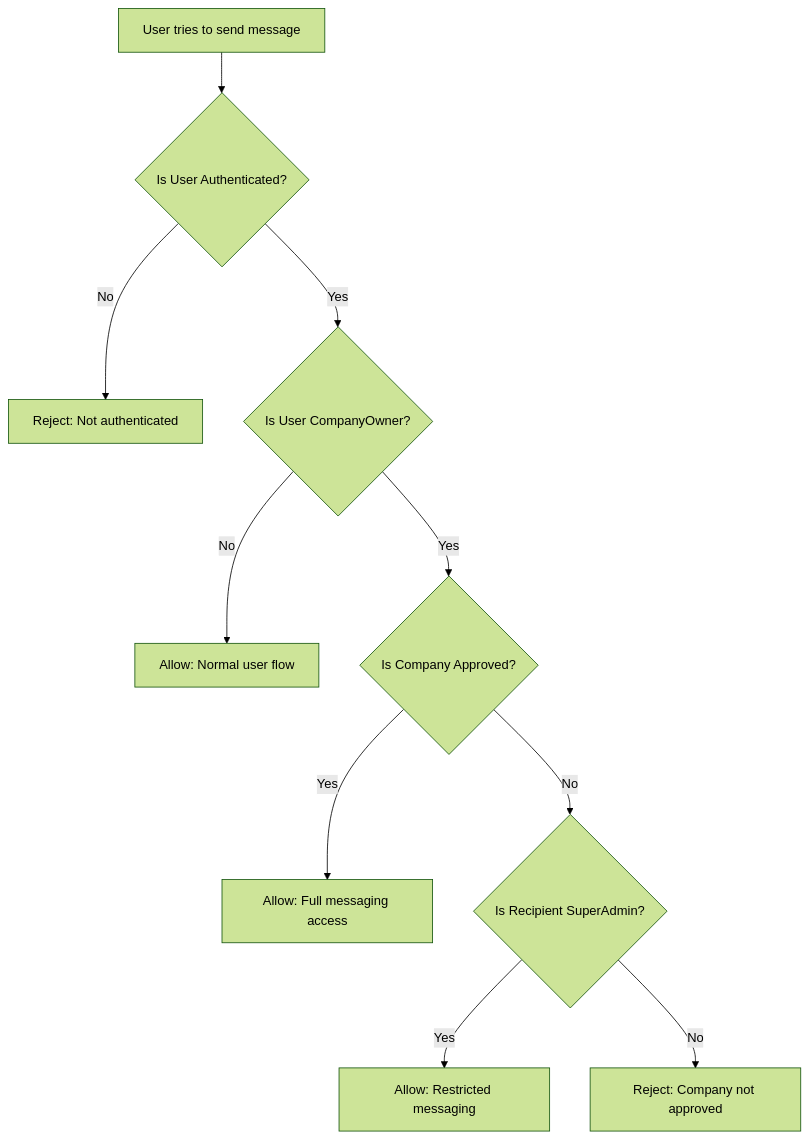
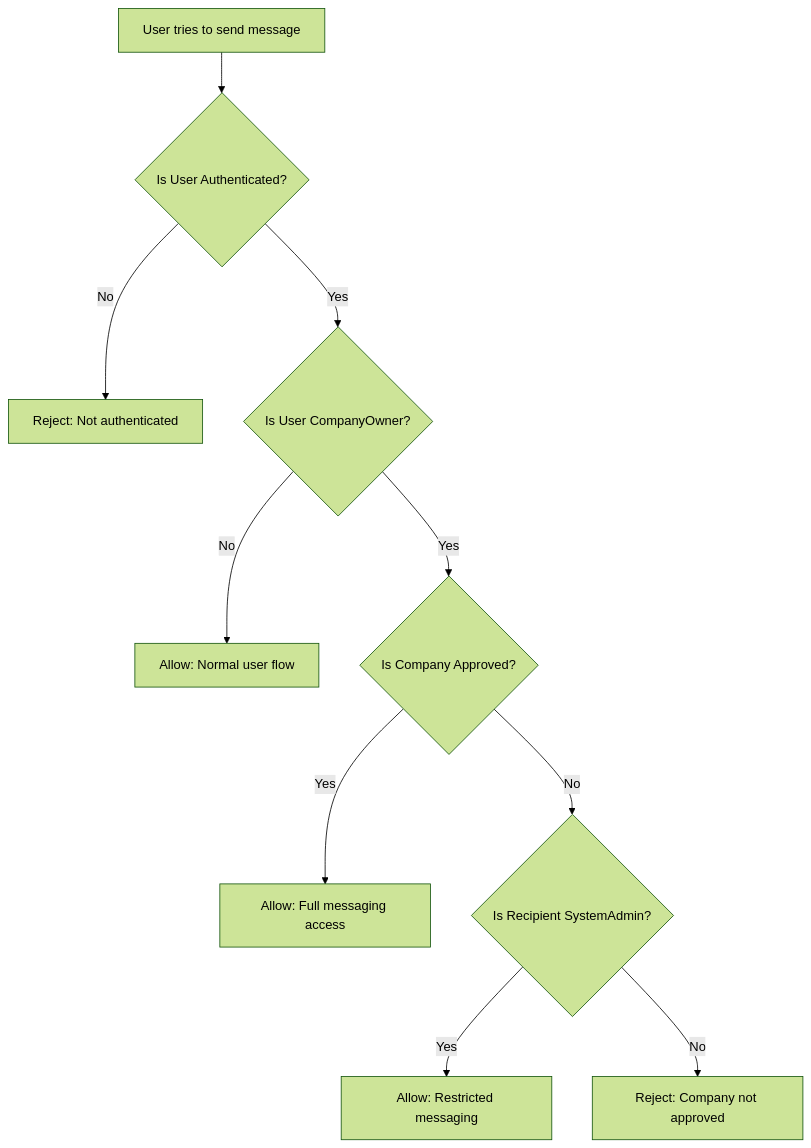
The diagram in plans/unverified-owner-messaging-restrictions.md (AhmedRamadanAbdElghany/ConstructionManagement), drawn with Mermaid (forest theme) before and after one commit. The commit also changed other lines of this file and 119 other files, not shown here.

````diff
--- a/plans/unverified-owner-messaging-restrictions.md
+++ b/plans/unverified-owner-messaging-restrictions.md
@@ -30,12 +30,12 @@
 ```mermaid
 flowchart TD
     A[User tries to send message] --> B{Is User Authenticated?}
     B -->|No| C[Reject: Not authenticated]
     B -->|Yes| D{Is User CompanyOwner?}
     D -->|No| E[Allow: Normal user flow]
     D -->|Yes| F{Is Company Approved?}
     F -->|Yes| G[Allow: Full messaging access]
-    F -->|No| H{Is Recipient SuperAdmin?}
+    F -->|No| H{Is Recipient SystemAdmin?}
     H -->|Yes| I[Allow: Restricted messaging]
     H -->|No| J[Reject: Company not approved]
 ```
````
